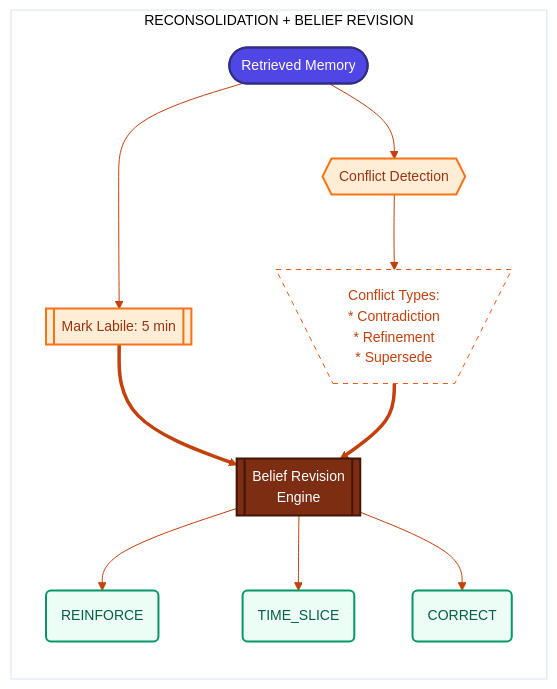
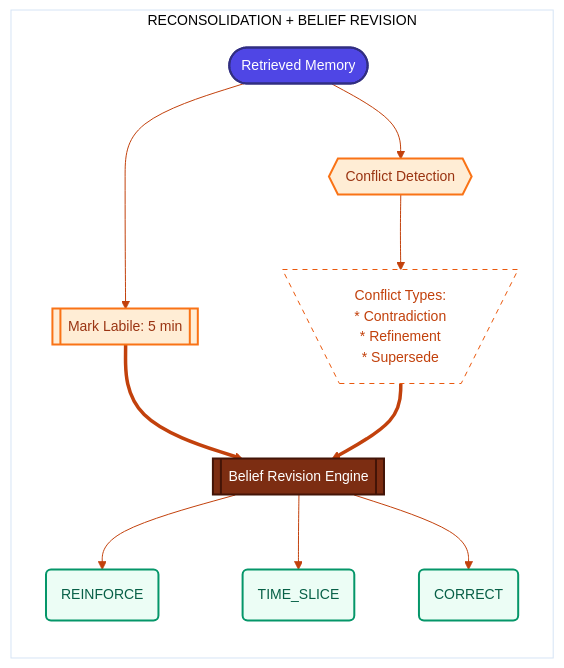
Before and after one commit to avinash-mall/CognitiveMemoryLayer: the eighth of 11 diagrams in README.md, drawn with Mermaid. The commit also changed other lines of this file, not shown here.

````diff
--- a/README.md
+++ b/README.md
@@ -502,41 +502,41 @@
 ```mermaid
 %%{
   init: {
     'theme': 'base',
     'flowchart': { 'useMaxWidth': true },
     'themeVariables': {
       'primaryColor': '#FFF7ED',
       'primaryTextColor': '#7c2d12',
       'primaryBorderColor': '#ea580c',
       'lineColor': '#c2410c',
       'fontSize': '14px'
     }
   }
 }%%
 flowchart TD
     classDef input fill:#4F46E5,stroke:#312E81,color:#fff,stroke-width:2px
     classDef process fill:#ffedd5,stroke:#f97316,stroke-width:2px,color:#9a3412
     classDef list fill:#fff,stroke:#ea580c,stroke-width:1px,stroke-dasharray: 5 5,color:#c2410c
     classDef engine fill:#7c2d12,stroke:#431407,stroke-width:2px,color:#fff
     classDef result fill:#ecfdf5,stroke:#059669,stroke-width:2px,color:#065f46
 
     subgraph Recon ["RECONSOLIDATION + BELIEF REVISION"]
         direction TB
         Retrieved([Retrieved Memory]):::input
         Mark[[Mark Labile: 5 min]]:::process
         Detect{{Conflict Detection}}:::process
         Types[\"Conflict Types:\n* Contradiction\n* Refinement\n* Supersede"/]:::list
-        Belief[[Belief Revision\nEngine]]:::engine
+        Belief[["Belief Revision Engine"]]:::engine
         Reinforce(REINFORCE):::result
         Slice(TIME_SLICE):::result
         Correct(CORRECT):::result
 
         Retrieved --> Mark
         Retrieved --> Detect
         Detect --> Types
         Mark & Types ==> Belief
         Belief --> Reinforce
         Belief --> Slice
         Belief --> Correct
     end
 ```
````
